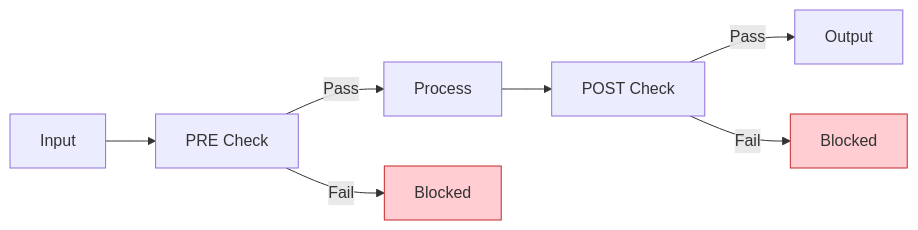
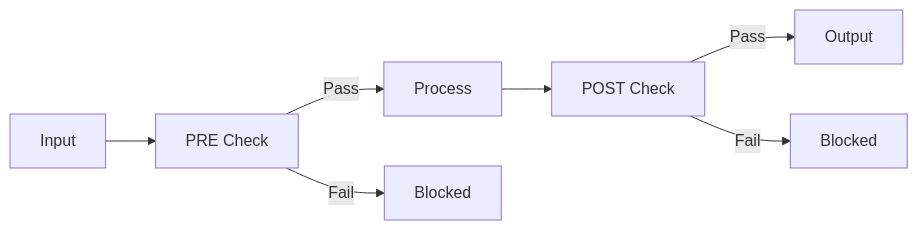
One commit to agentcontrol/agent-control changed the ninth of 11 diagrams in diagrams/08-protect-decorator-flow.md. Above: the diagram before and after it, drawn with Mermaid. The commit also changed other lines of this file and 9 other files, not shown here.

````diff
--- a/diagrams/08-protect-decorator-flow.md
+++ b/diagrams/08-protect-decorator-flow.md
@@ -187,19 +166,16 @@
 ```mermaid
 flowchart LR
     input["Input"] 
     pre["PRE Check"]
     func["Process"]
     post["POST Check"]
     output["Output"]
 
     input --> pre
     pre -->|Pass| func
     func --> post
     post -->|Pass| output
 
     pre -->|Fail| blocked1["Blocked"]
     post -->|Fail| blocked2["Blocked"]
-
-    style blocked1 fill:#ffcdd2,stroke:#c62828
-    style blocked2 fill:#ffcdd2,stroke:#c62828
 ```
````
